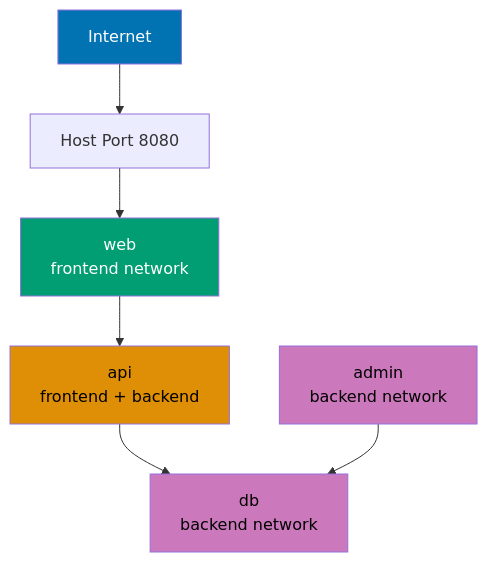
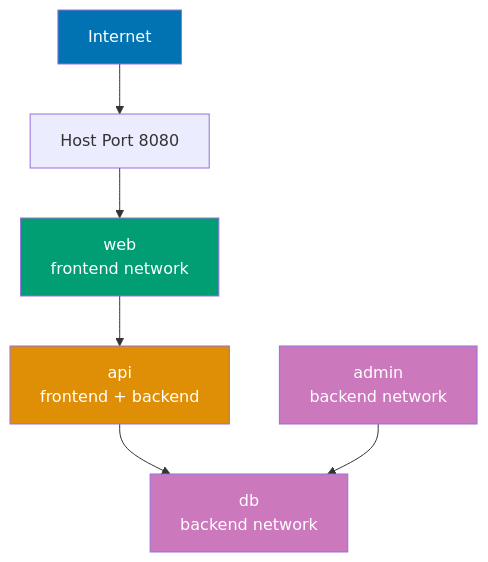
The eighth of 8 diagrams in apps/ayokoding-web/content/en/learn/software-engineering/infrastructure/tools/docker/by-example/beginner.md (wahidyankf/open-sharia-enterprise), drawn with Mermaid before and after one commit. The commit also changed other lines of this file and 61 other files, not shown here.

First line of the commit message:
fix(ayokoding-web): quote Mermaid node labels with special characters in Example 63

````diff
--- a/apps/ayokoding-web/content/en/learn/software-engineering/infrastructure/tools/docker/by-example/beginner.md
+++ b/apps/ayokoding-web/content/en/learn/software-engineering/infrastructure/tools/docker/by-example/beginner.md
@@ -2616,15 +2616,15 @@
 ```mermaid
 %% Network segmentation topology
 graph TD
     A["Internet"] --> B["Host Port 8080"]
     B --> C["web<br/>frontend network"]
     C --> D["api<br/>frontend + backend"]
     D --> E["db<br/>backend network"]
     F["admin<br/>backend network"] --> E
 
     style A fill:#0173B2,color:#fff
     style C fill:#029E73,color:#fff
-    style D fill:#DE8F05,color:#000
-    style E fill:#CC78BC,color:#000
-    style F fill:#CC78BC,color:#000
+    style D fill:#DE8F05,color:#fff
+    style E fill:#CC78BC,color:#fff
+    style F fill:#CC78BC,color:#fff
 ```
````
